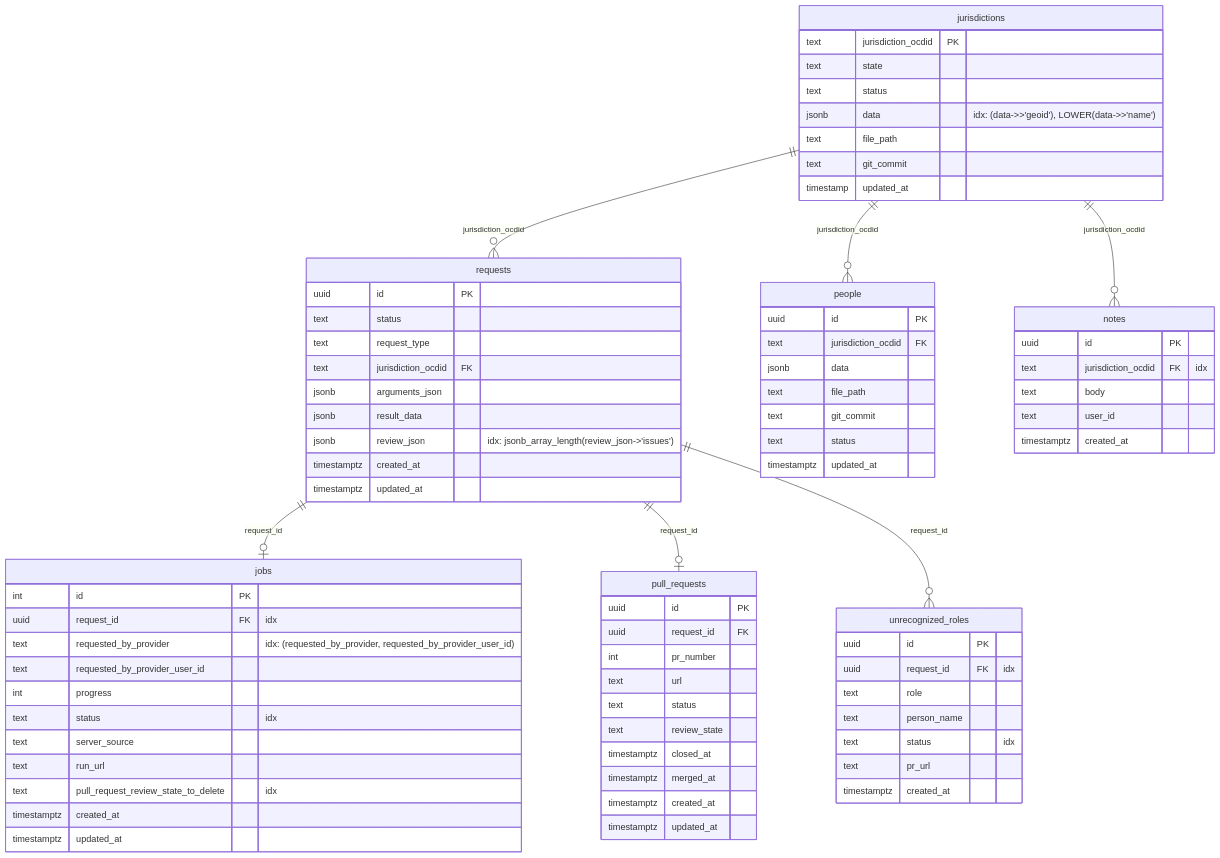
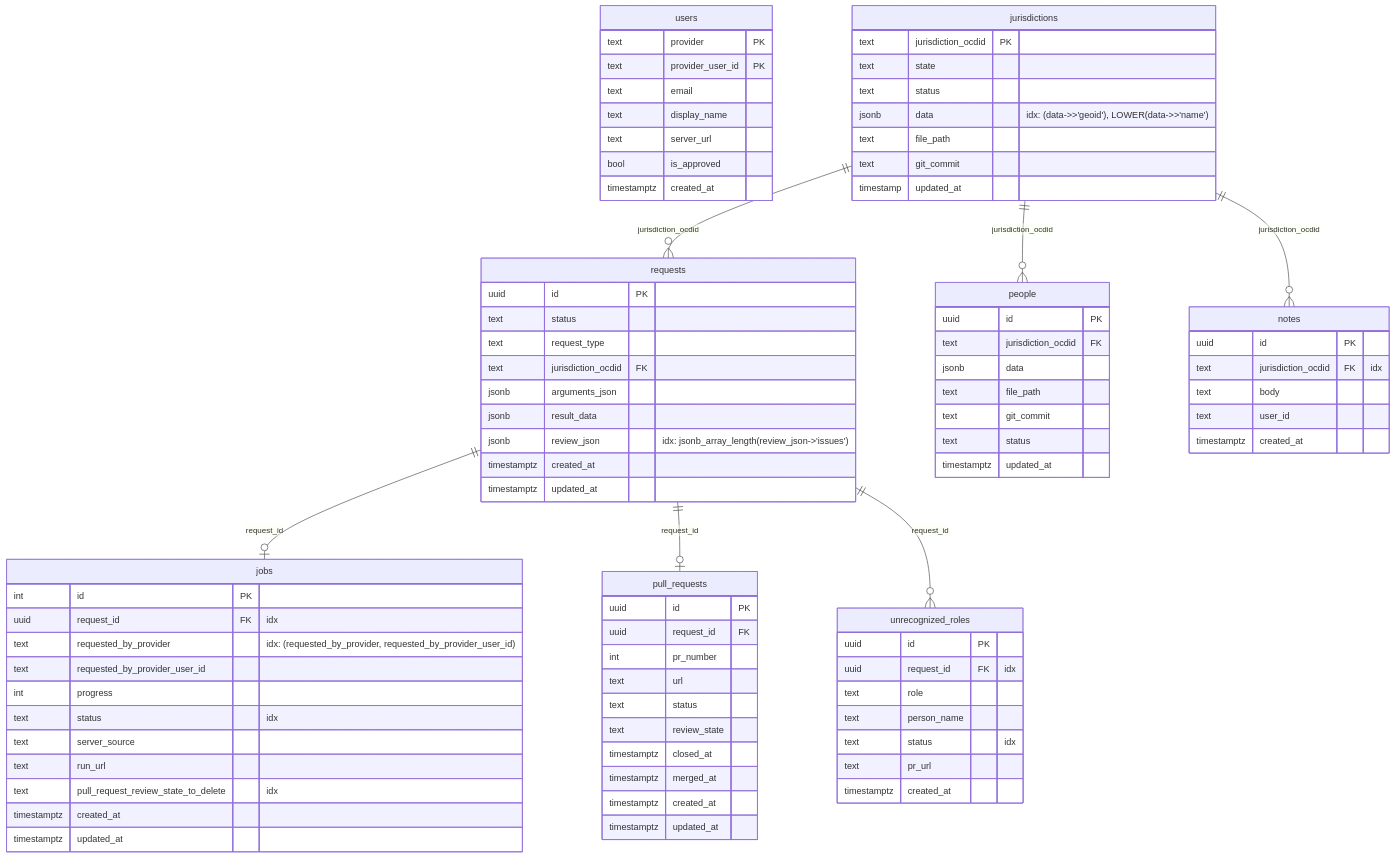
The diagram in api.civicpatch.org/README.md (CivicPatch/civicpatch-tools), drawn with Mermaid before and after one commit. The commit also changed 16 other files, not shown here.

Commit message:
Add display name to notes/navbar

````diff
--- a/api.civicpatch.org/README.md
+++ b/api.civicpatch.org/README.md
@@ -109,6 +109,16 @@
 ```mermaid
 erDiagram
     %% idx = regular index, functional idx noted inline
+    users {
+        text provider PK
+        text provider_user_id PK
+        text email
+        text display_name
+        text server_url
+        bool is_approved
+        timestamptz created_at
+    }
+
     jurisdictions {
         text jurisdiction_ocdid PK
         text state
````
